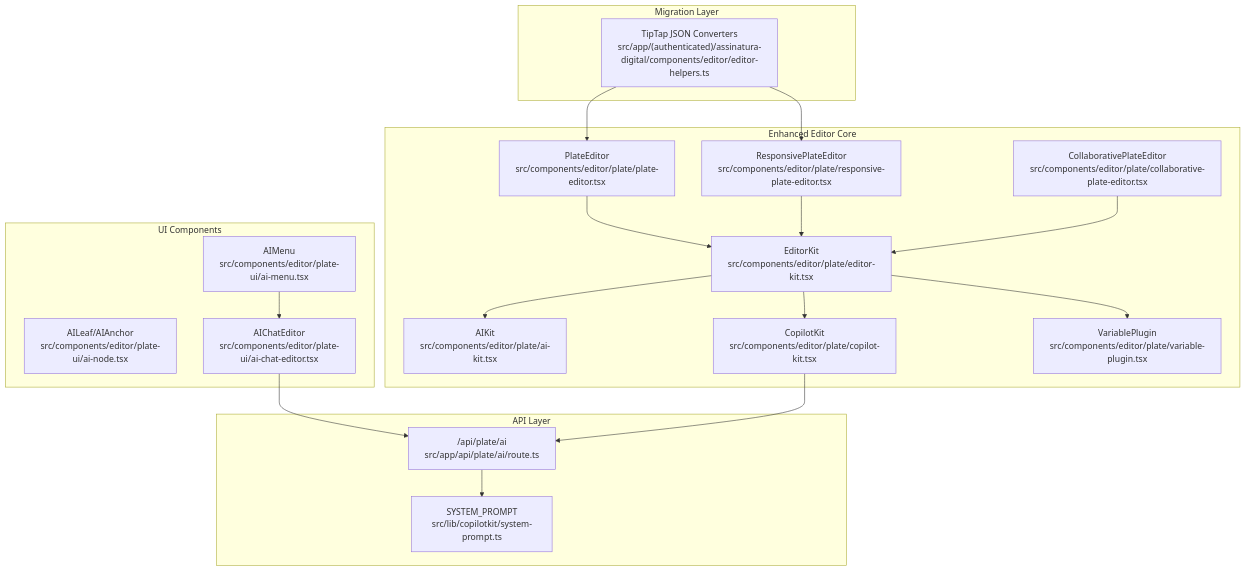
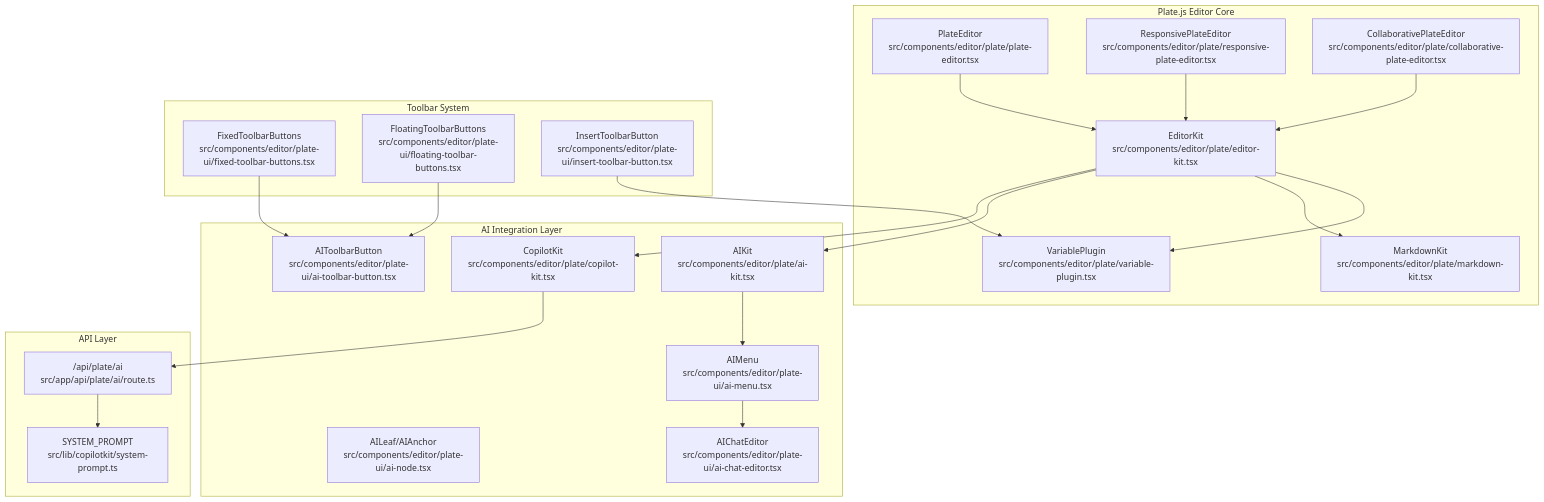
Before and after one commit to SinesysTech/zattar-os: the first of 8 diagrams in .qoder/repowiki/en/content/Document Management and AI Editor/AI-Assisted Document Editing.md, drawn with Mermaid. The commit also changed other lines of this file and 4 other files, not shown here.

````diff
--- a/.qoder/repowiki/en/content/Document Management and AI Editor/AI-Assisted Document Editing.md
+++ b/.qoder/repowiki/en/content/Document Management and AI Editor/AI-Assisted Document Editing.md
@@ -55,36 +64,42 @@
 ```mermaid
 graph TB
-subgraph "Enhanced Editor Core"
+subgraph "Plate.js Editor Core"
 PE["PlateEditor<br/>src/components/editor/plate/plate-editor.tsx"]
 RPE["ResponsivePlateEditor<br/>src/components/editor/plate/responsive-plate-editor.tsx"]
 CPE["CollaborativePlateEditor<br/>src/components/editor/plate/collaborative-plate-editor.tsx"]
 EK["EditorKit<br/>src/components/editor/plate/editor-kit.tsx"]
+MK["MarkdownKit<br/>src/components/editor/plate/markdown-kit.tsx"]
+VP["VariablePlugin<br/>src/components/editor/plate/variable-plugin.tsx"]
+end
+subgraph "AI Integration Layer"
 AIK["AIKit<br/>src/components/editor/plate/ai-kit.tsx"]
 CK["CopilotKit<br/>src/components/editor/plate/copilot-kit.tsx"]
-VP["VariablePlugin<br/>src/components/editor/plate/variable-plugin.tsx"]
-end
-subgraph "Migration Layer"
-TH["TipTap JSON Converters<br/>src/app/(authenticated)/assinatura-digital/components/editor/editor-helpers.ts"]
-end
-subgraph "UI Components"
 AIM["AIMenu<br/>src/components/editor/plate-ui/ai-menu.tsx"]
 AIN["AILeaf/AIAnchor<br/>src/components/editor/plate-ui/ai-node.tsx"]
 ACE["AIChatEditor<br/>src/components/editor/plate-ui/ai-chat-editor.tsx"]
+AITB["AIToolbarButton<br/>src/components/editor/plate-ui/ai-toolbar-button.tsx"]
+end
+subgraph "Toolbar System"
+FTB["FixedToolbarButtons<br/>src/components/editor/plate-ui/fixed-toolbar-buttons.tsx"]
+FTB2["FloatingToolbarButtons<br/>src/components/editor/plate-ui/floating-toolbar-buttons.tsx"]
+ITB["InsertToolbarButton<br/>src/components/editor/plate-ui/insert-toolbar-button.tsx"]
 end
 subgraph "API Layer"
 API["/api/plate/ai<br/>src/app/api/plate/ai/route.ts"]
 SCP["SYSTEM_PROMPT<br/>src/lib/copilotkit/system-prompt.ts"]
 end
 PE --> EK
 RPE --> EK
 CPE --> EK
 EK --> VP
+EK --> MK
 EK --> AIK
 EK --> CK
-TH --> PE
-TH --> RPE
+AIK --> AIM
 AIM --> ACE
-ACE --> API
 CK --> API
 API --> SCP
+FTB --> AITB
+FTB2 --> AITB
+ITB --> VP
 ```
````
